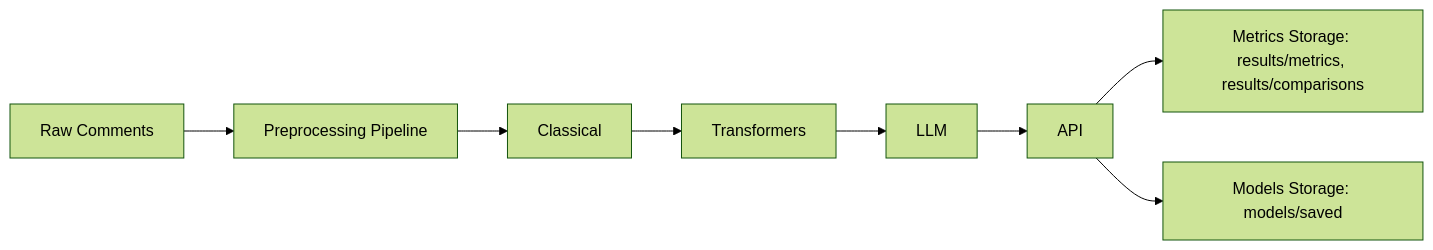
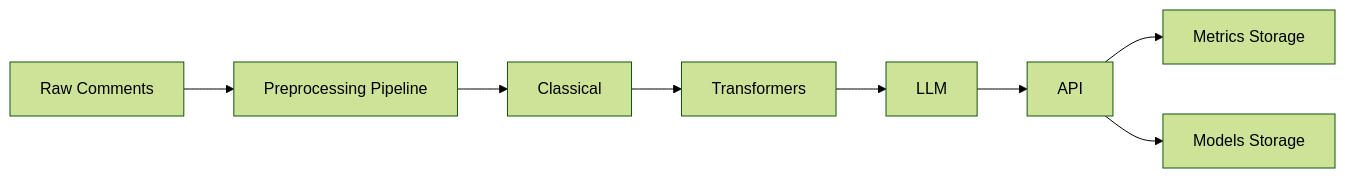
One commit to ismiljanic/SyntaxBase-moderation-microservice changed the fifth of 5 diagrams in docs/architecture.md. Above: the diagram before and after it, drawn with Mermaid (forest theme). The commit also changed other lines of this file and 2 other files, not shown here.

````diff
--- a/docs/architecture.md
+++ b/docs/architecture.md
@@ -176,10 +176,10 @@
 ```mermaid 
 flowchart LR
     Raw[Raw Comments] --> Preprocessing[Preprocessing Pipeline]
     Preprocessing --> Classical
     Classical --> Transformers
     Transformers --> LLM
     LLM --> API
-    API --> Metrics[Metrics Storage: results/metrics, results/comparisons]
-    API --> Models[Models Storage: models/saved]
+    API --> Metrics[Metrics Storage]
+    API --> Models[Models Storage]
 ```
````
